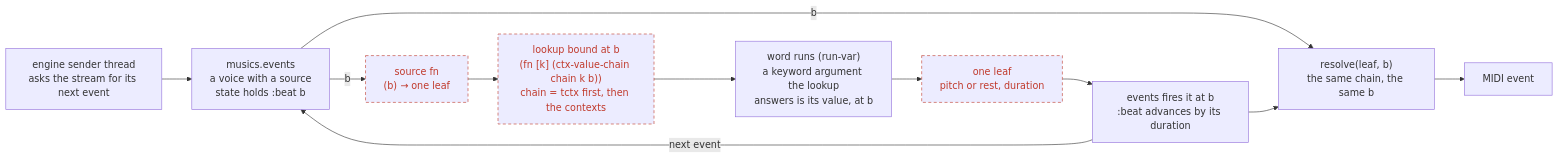
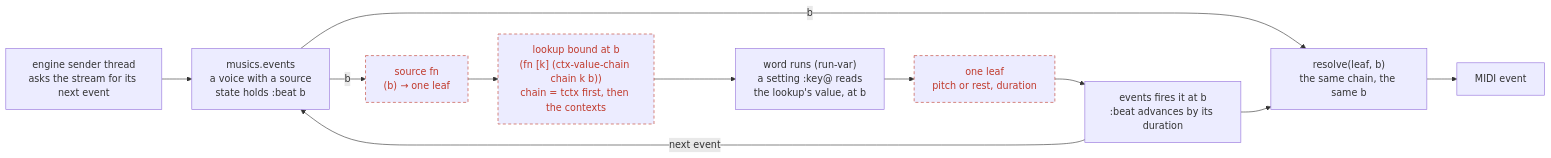
One commit to gebdevalk/musics changed the second of 3 diagrams in doc/md/pull-voice.md. Above: the diagram before and after it, drawn with Mermaid. The commit also changed other lines of this file and 14 other files, not shown here.

Commit message:
a setting is read as :key@ and what the tctx holds as :key'; T! takes a quotation; the keyword-argument substitution, tctx-derive and T@@ are gone

````diff
--- a/doc/md/pull-voice.md
+++ b/doc/md/pull-voice.md
@@ -36,21 +36,21 @@
 ```mermaid
 flowchart LR
   engine["engine sender thread<br/>asks the stream for its next event"]
   events["musics.events<br/>a voice with a source<br/>state holds :beat b"]
   source["source fn<br/>(b) → one leaf"]
   lookup["lookup bound at b<br/>(fn [k] (ctx-value-chain chain k b))<br/>chain = tctx first, then the contexts"]
-  word["word runs (run-var)<br/>a keyword argument the lookup<br/>answers is its value, at b"]
+  word["word runs (run-var)<br/>a setting :key@ reads<br/>the lookup's value, at b"]
   leaf["one leaf<br/>pitch or rest, duration"]
   fire["events fires it at b<br/>:beat advances by its duration"]
   resolve["resolve(leaf, b)<br/>the same chain, the same b"]
   midi["MIDI event"]
 
   engine --> events
   events -- "b" --> source --> lookup --> word --> leaf --> fire
   fire -- "next event" --> events
   events -- "b" --> resolve
   fire --> resolve --> midi
 
   classDef planned stroke-dasharray: 5 4,stroke:#c0392b,color:#c0392b
   class source,lookup,leaf planned
 ```
````
